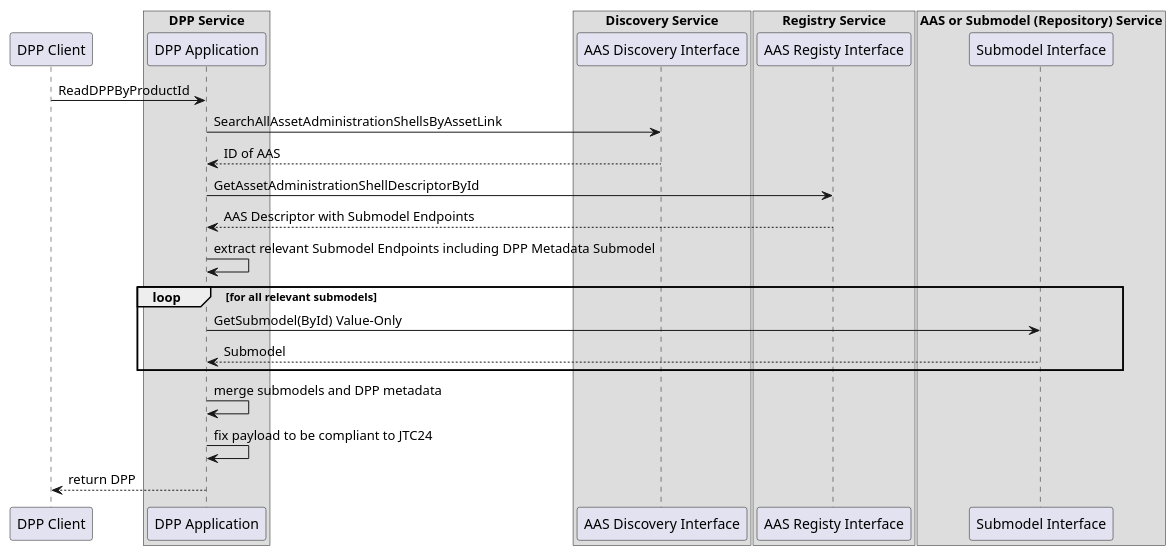
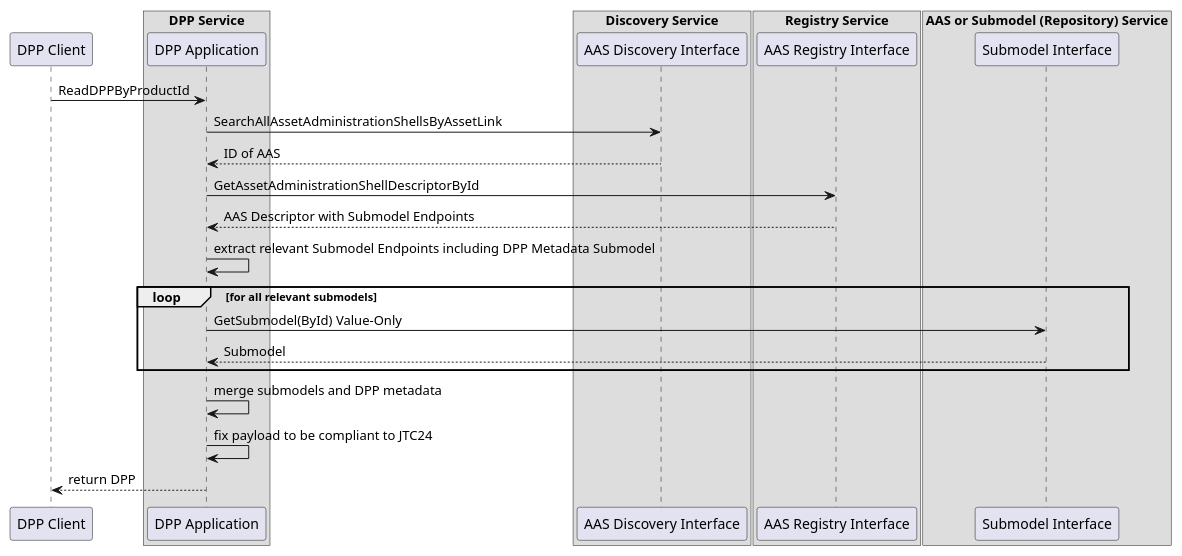
One commit to admin-shell-io/aas-specs-metamodel changed the diagram in documentation/IDTA-01001/modules/ROOT/partials/diagrams/Seq_AAS_DPP.puml. Above: the diagram before and after it, drawn with PlantUML. The commit also changed 1 other file, not shown here.

```diff
--- a/documentation/IDTA-01001/modules/ROOT/partials/diagrams/Seq_AAS_DPP.puml
+++ b/documentation/IDTA-01001/modules/ROOT/partials/diagrams/Seq_AAS_DPP.puml
@@ -1,43 +1,43 @@
 @startuml
 
 participant DPPClient as "DPP Client"
 
 box DPP Service
 participant Client as "DPP Application"
 end box
 
 
 box Discovery Service
   participant AASDiscovery as "AAS Discovery Interface"
 end box
 
 box Registry Service
-   participant AASRegistry as "AAS Registy Interface"
+   participant AASRegistry as "AAS Registry Interface"
 end box
 
 box AAS or Submodel (Repository) Service
   participant iSM as "Submodel Interface"
 end box
 
 DPPClient -> Client:  ReadDPPByProductId
 
 Client -> AASDiscovery: SearchAllAssetAdministrationShellsByAssetLink
 Client <-- AASDiscovery: ID of AAS 
 
 Client -> AASRegistry:  GetAssetAdministrationShellDescriptorById
 Client <-- AASRegistry:  AAS Descriptor with Submodel Endpoints
 Client -> Client:  extract relevant Submodel Endpoints including DPP Metadata Submodel
 
 loop for all relevant submodels
 Client -> iSM:  GetSubmodel(ById) Value-Only
 Client <-- iSM:  Submodel 
 end
 
 
 
 
 Client -> Client:  merge submodels and DPP metadata
 Client -> Client:  fix payload to be compliant to JTC24
 DPPClient <-- Client:  return DPP
 
 @enduml
```
